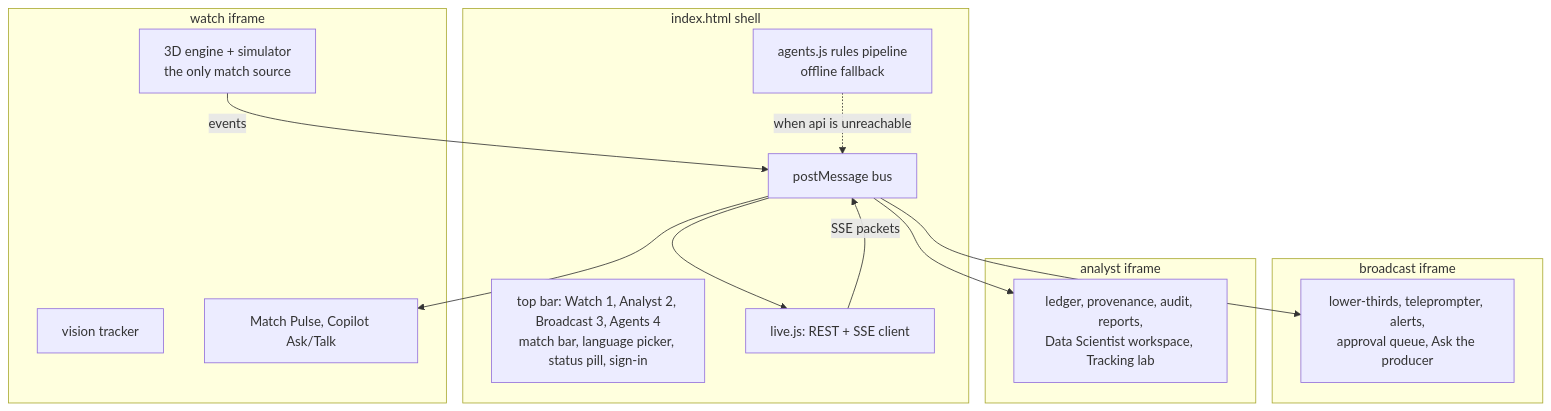
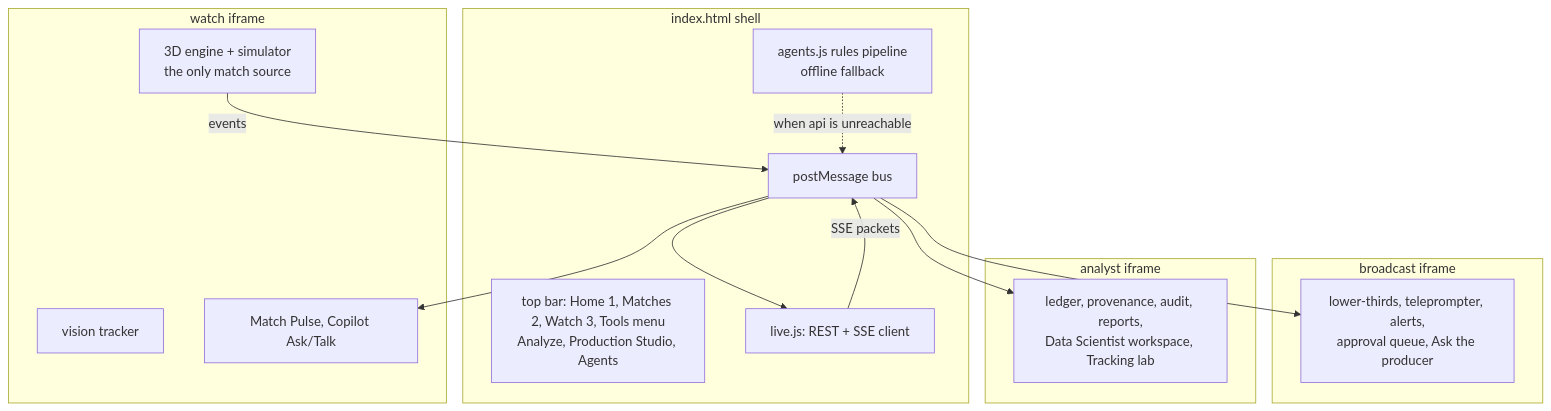
One commit to Crafted-by-Akshay/matchcast changed the diagram in docs/architecture/11-frontend.md. Above: the diagram before and after it, drawn with Mermaid. The commit also changed other lines of this file and 3 other files, not shown here.

Commit message:
AB#373 Group secondary routes in the tools menu

````diff
--- a/docs/architecture/11-frontend.md
+++ b/docs/architecture/11-frontend.md
@@ -7,27 +7,27 @@
 ```mermaid
 flowchart TB
   subgraph Shell[index.html shell]
-    bar[top bar: Watch 1, Analyst 2, Broadcast 3, Agents 4<br/>match bar, language picker, status pill, sign-in]
+    bar[top bar: Home 1, Matches 2, Watch 3, Tools menu<br/>Analyze, Production Studio, Agents]
     bus[postMessage bus]
     live[live.js: REST + SSE client]
     ag[agents.js rules pipeline<br/>offline fallback]
   end
   subgraph W[watch iframe]
     eng[3D engine + simulator<br/>the only match source]
     vis[vision tracker]
     pulse[Match Pulse, Copilot Ask/Talk]
   end
   subgraph B[broadcast iframe]
     lt[lower-thirds, teleprompter, alerts,<br/>approval queue, Ask the producer]
   end
   subgraph A[analyst iframe]
     led[ledger, provenance, audit, reports,<br/>Data Scientist workspace, Tracking lab]
   end
   eng -- events --> bus
   bus --> live
   live -- SSE packets --> bus
   bus --> pulse
   bus --> lt
   bus --> led
   ag -. when api is unreachable .-> bus
 ```
````
